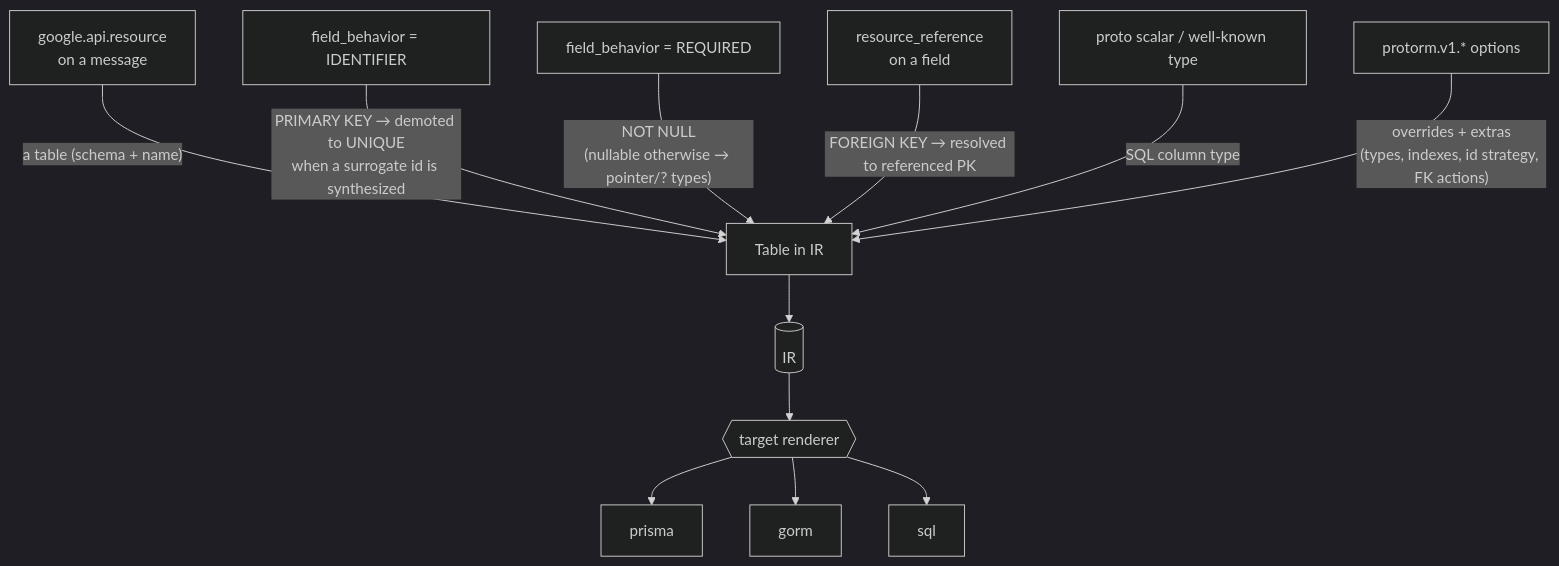
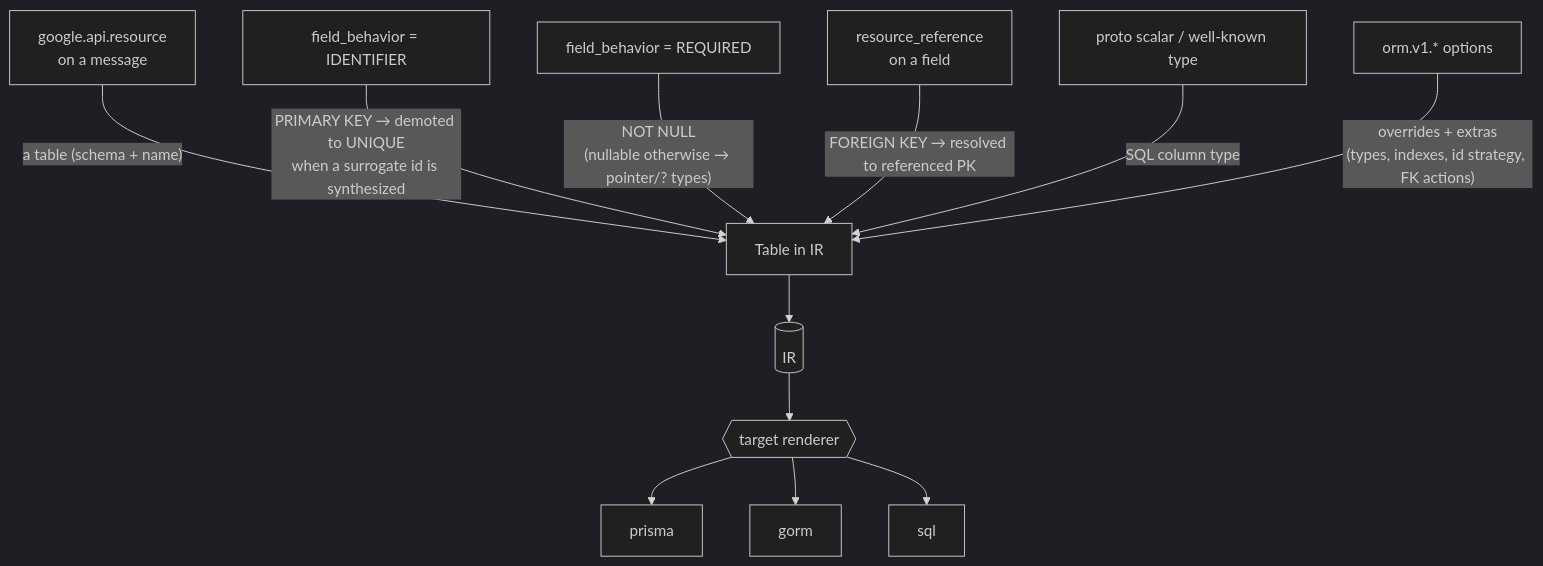
The second of 4 diagrams in README.md (the-protobuf-project/orm), drawn with Mermaid (dark theme) before and after one commit. The commit also changed other lines of this file and 337 other files, not shown here.

First line of the commit message:
feat: add ORM protobuf definitions for datasource, table, and column options

````diff
--- a/README.md
+++ b/README.md
@@ -105,15 +111,15 @@
 ```mermaid
 flowchart TD
     R["google.api.resource<br/>on a message"] -->|"a table (schema + name)"| T["Table in IR"]
     ID["field_behavior = IDENTIFIER"] -->|"PRIMARY KEY → demoted to UNIQUE<br/>when a surrogate id is synthesized"| T
     REQ["field_behavior = REQUIRED"] -->|"NOT NULL<br/>(nullable otherwise → pointer/? types)"| T
     REF["resource_reference<br/>on a field"] -->|"FOREIGN KEY → resolved to referenced PK"| T
     SC["proto scalar / well-known type"] -->|"SQL column type"| T
-    O["protorm.v1.* options"] -->|"overrides + extras<br/>(types, indexes, id strategy, FK actions)"| T
+    O["orm.v1.* options"] -->|"overrides + extras<br/>(types, indexes, id strategy, FK actions)"| T
 
     T --> IR[("IR")]
     IR --> RENDER{{"target renderer"}}
     RENDER --> PR["prisma"]
     RENDER --> GO["gorm"]
     RENDER --> SQL["sql"]
 ```
````
